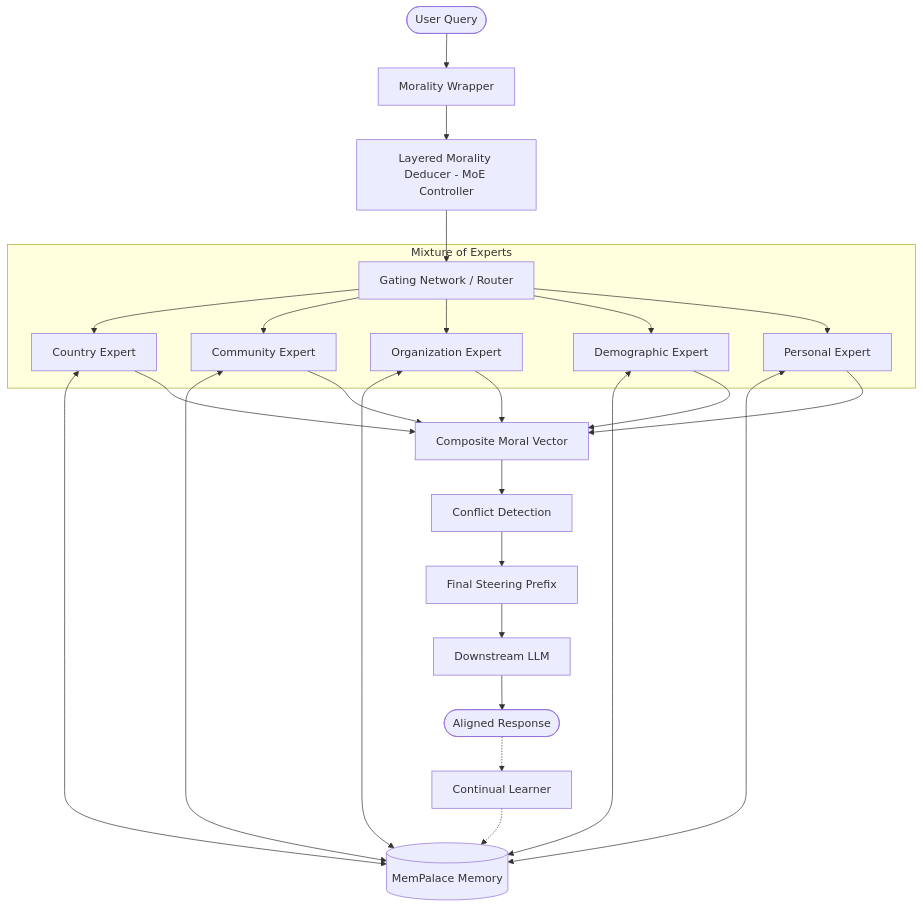
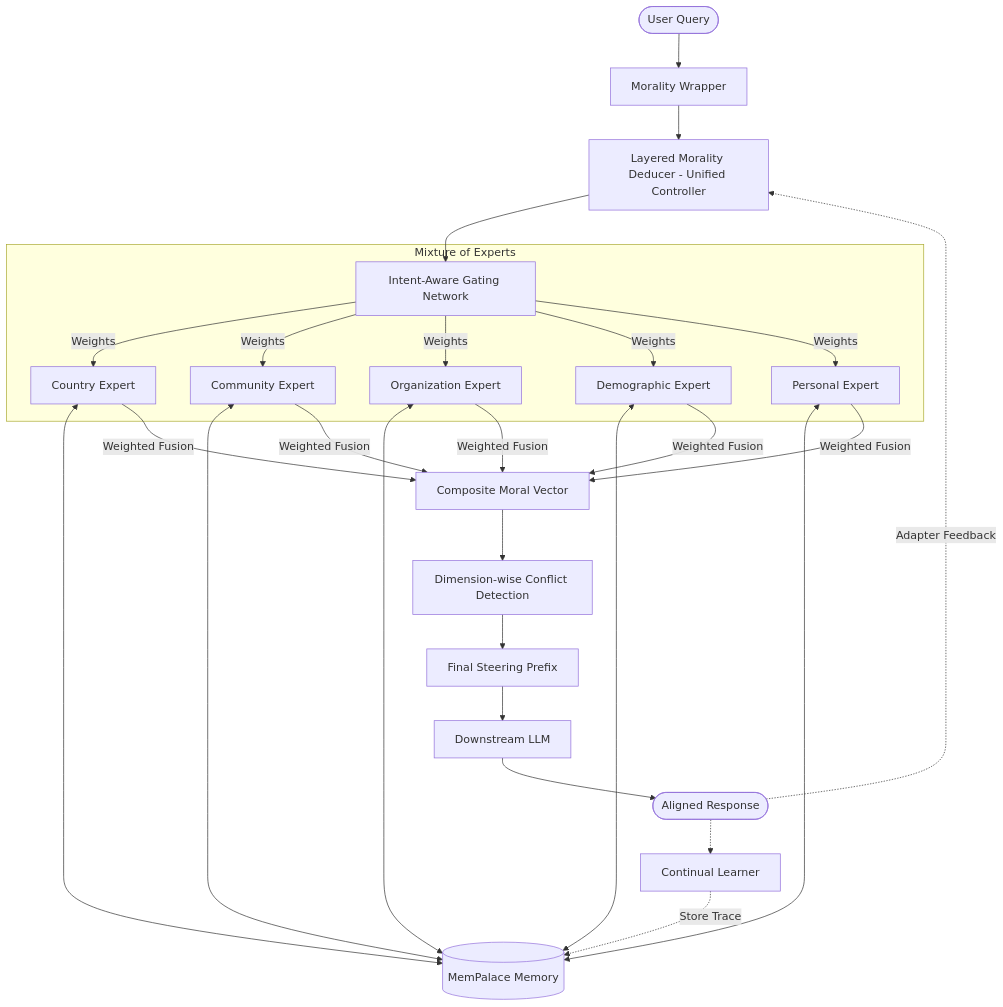
The first of 4 diagrams in README.md (Neutron-Binary-LLC/OpenDike), drawn with Mermaid before and after one commit. The commit also changed other lines of this file and 8 other files, not shown here.

````diff
--- a/README.md
+++ b/README.md
@@ -24,33 +24,30 @@
 ```mermaid
 graph TD
     User([User Query]) --> Wrapper[Morality Wrapper]
-    Wrapper --> Deducer[Layered Morality Deducer - MoE Controller]
+    Wrapper --> Deducer[Layered Morality Deducer - Unified Controller]
     
     subgraph MoE [Mixture of Experts]
-        Gating[Gating Network / Router]
+        Gating[Intent-Aware Gating Network]
         E1[Country Expert]
         E2[Community Expert]
         E3[Organization Expert]
         E4[Demographic Expert]
         E5[Personal Expert]
     end
     
     Deducer --> Gating
-    Gating --> E1
-    Gating --> E2
-    Gating --> E3
-    Gating --> E4
-    Gating --> E5
+    Gating --> |Weights| E1 & E2 & E3 & E4 & E5
     
     E1 & E2 & E3 & E4 & E5 <--> MemPalace[(MemPalace Memory)]
     
-    E1 & E2 & E3 & E4 & E5 --> Vector[Composite Moral Vector]
-    Vector --> Conflict[Conflict Detection]
+    E1 & E2 & E3 & E4 & E5 --> |Weighted Fusion| Vector[Composite Moral Vector]
+    Vector --> Conflict[Dimension-wise Conflict Detection]
     Conflict --> FinalVector[Final Steering Prefix]
     
     FinalVector --> LLM[Downstream LLM]
     LLM --> Response([Aligned Response])
     
     Response -.-> Learner[Continual Learner]
-    Learner -.-> MemPalace
+    Learner -.-> |Store Trace| MemPalace
+    Response -.-> |Adapter Feedback| Deducer
 ```
````
